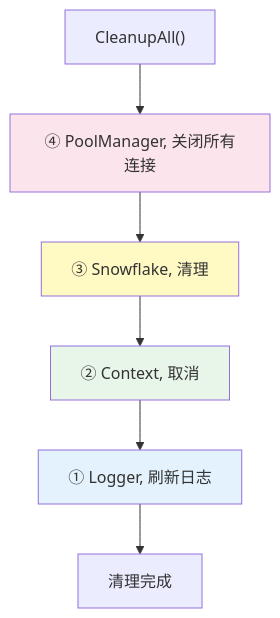
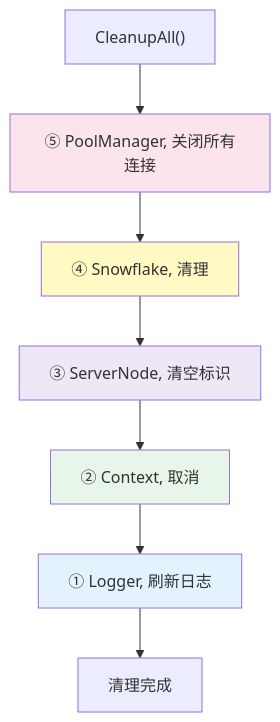
The second of 2 diagrams in docs/GLOBAL.md (kamalyes/go-rpc-gateway), drawn with Mermaid before and after one commit. The commit also changed other lines of this file and 20 other files, not shown here.

````diff
--- a/docs/GLOBAL.md
+++ b/docs/GLOBAL.md
@@ -181,13 +209,15 @@
 ```mermaid
 flowchart TD
-    CLEANUP["CleanupAll()"] --> I4["④ PoolManager, 关闭所有连接"]
-    I4 --> I3["③ Snowflake, 清理"]
+    CLEANUP["CleanupAll()"] --> I5["⑤ PoolManager, 关闭所有连接"]
+    I5 --> I4["④ Snowflake, 清理"]
+    I4 --> I3["③ ServerNode, 清空标识"]
     I3 --> I2["② Context, 取消"]
     I2 --> I1["① Logger, 刷新日志"]
     I1 --> DONE["清理完成"]
 
-    style I4 fill:#fce4ec
-    style I3 fill:#fff9c4
+    style I5 fill:#fce4ec
+    style I4 fill:#fff9c4
+    style I3 fill:#ede7f6
     style I2 fill:#e8f5e9
     style I1 fill:#e3f2fd
 ```
````
